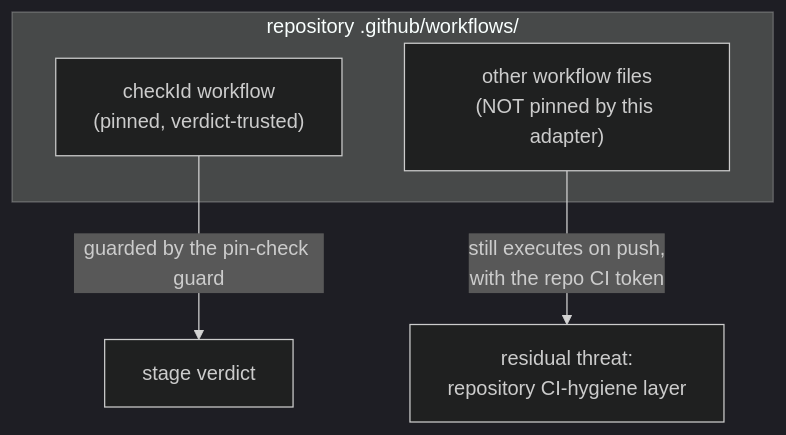
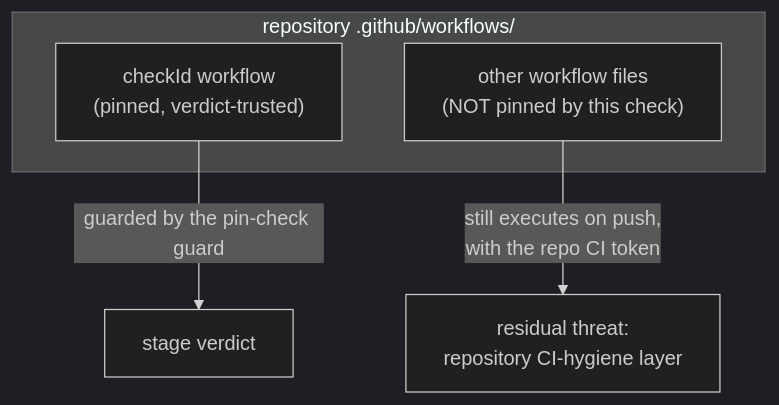
The diagram in docs/guides/operator-guide-github-actions-check.md (oinsio/gnomish-factory), drawn with Mermaid (dark theme) before and after one commit. The commit also changed other lines of this file and 1398 other files, not shown here.

````diff
--- a/docs/guides/operator-guide-github-actions-check.md
+++ b/docs/guides/operator-guide-github-actions-check.md
@@ -89,10 +148,10 @@
 ```mermaid
 flowchart TB
     subgraph Repo["repository .github/workflows/"]
         Pinned["checkId workflow<br/>(pinned, verdict-trusted)"]
-        Other["other workflow files<br/>(NOT pinned by this adapter)"]
+        Other["other workflow files<br/>(NOT pinned by this check)"]
     end
 
     Pinned -->|"guarded by the pin-check guard"| Verdict["stage verdict"]
     Other -->|"still executes on push,<br/>with the repo CI token"| Residual["residual threat:<br/>repository CI-hygiene layer"]
 ```
````
